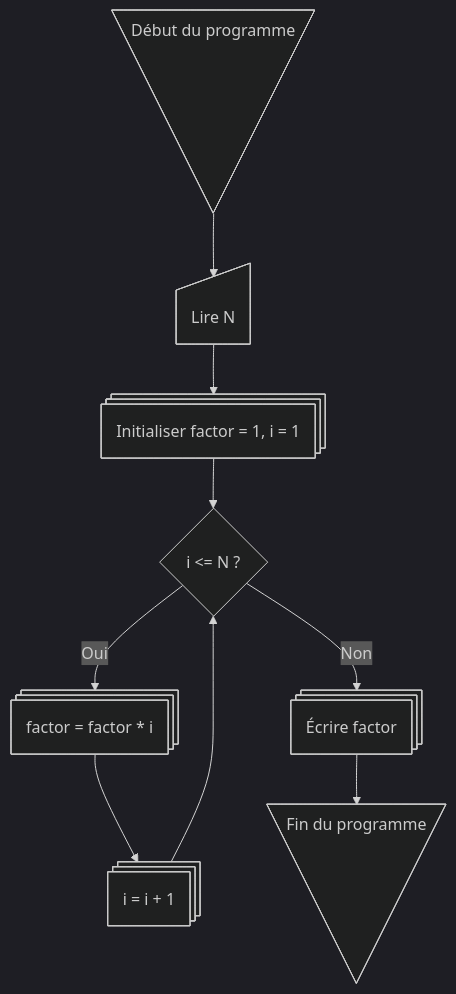
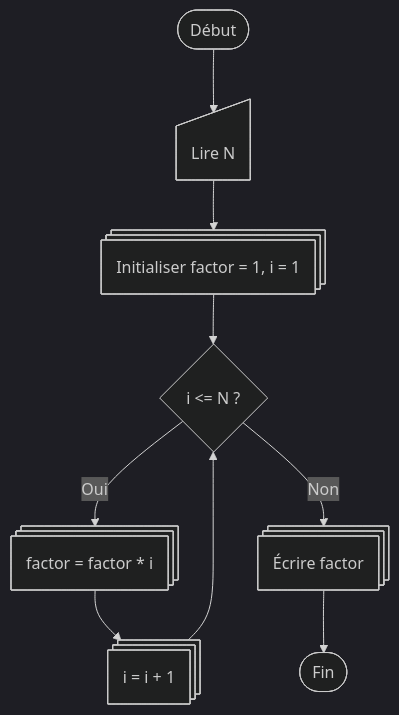
Before and after one commit to CollegeBoreal/INF1042-203-25A-04: the fifth of 7 diagrams in 3.Organigrammes/README.md, drawn with Mermaid (dark theme).

````diff
--- a/3.Organigrammes/README.md
+++ b/3.Organigrammes/README.md
@@ -102,20 +102,18 @@
 ```mermaid
 flowchart TD
-    A@{ shape: manual-file, label: "Début du programme"}
     B@{ shape: manual-input, label: "Lire N"}
     C@{ shape: procs, label: "Initialiser factor = 1, i = 1"}
     D@{ shape: diamond, label: "i <= N ?"}
     E@{ shape: procs, label: "factor = factor * i"}
     F@{ shape: procs, label: "i = i + 1"}
     G@{ shape: procs, label: "Écrire factor"}
-    H@{ shape: manual-file, label: "Fin du programme"}
 
-    A --> B
+    A([Début]) --> B
     B --> C
     C --> D
     D -- Oui --> E
     E --> F
     F --> D
     D -- Non --> G
-    G --> H
+    G --> H([Fin])
 ```
````
